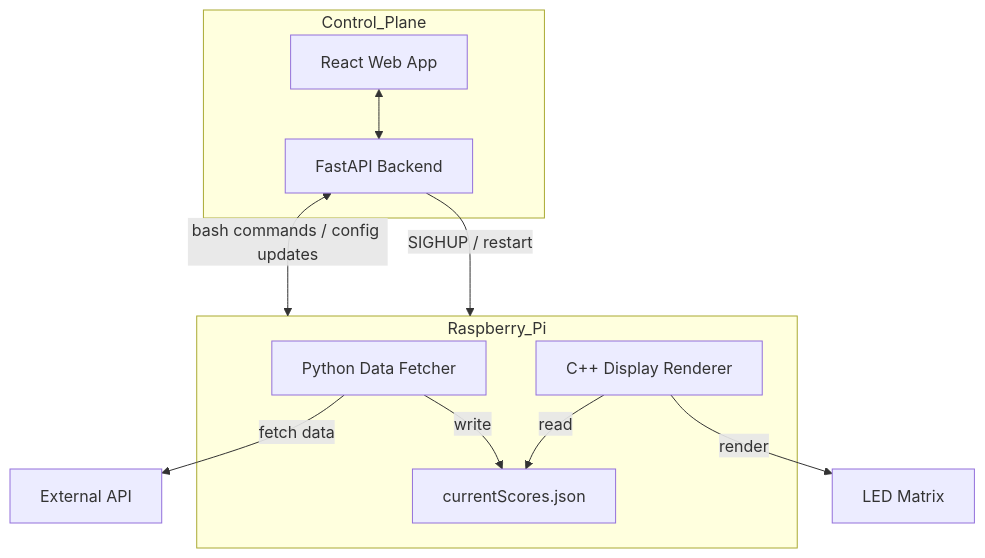
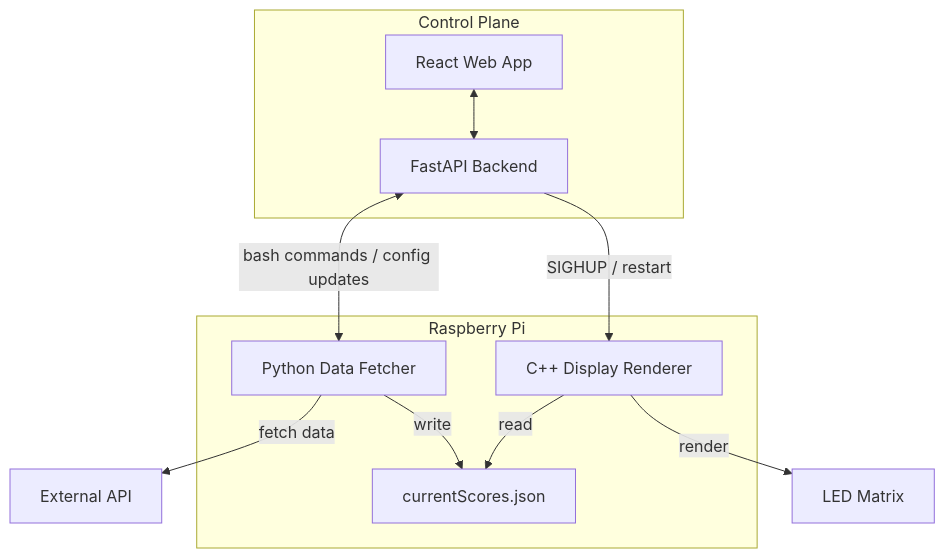
The first of 2 diagrams in README.md (matgray007/scoreboard), drawn with Mermaid before and after one commit. The commit also changed other lines of this file and 1 other file, not shown here.

Commit message:
README rednering on github issues

````diff
--- a/README.md
+++ b/README.md
@@ -121,21 +122,26 @@
 ```mermaid
 flowchart TD 
-    subgraph Control_Plane
-    UI[React Web App]
-    API[FastAPI Backend] 
+    subgraph Control_Plane["Control Plane"]
+        UI[React Web App]
+        API[FastAPI Backend] 
     end 
-    subgraph Raspberry_Pi
-    PY[Python Data Fetcher]
-    JSON[currentScores.json]
-    CPP[C++ Display Renderer]
+
+    subgraph Raspberry_Pi["Raspberry Pi"]
+        PY[Python Data Fetcher]
+        JSON[currentScores.json]
+        CPP[C++ Display Renderer]
     end
+
     EXT[External API]
     LED[LED Matrix]
+
     UI <--> API
-    API <-->|bash commands / config updates| Raspberry_Pi
-    API -->|SIGHUP / restart| Raspberry_Pi
+
+    API <-->|bash commands / config updates| PY
+    API -->|SIGHUP / restart| CPP
+
     PY -->|fetch data| EXT
     PY -->|write| JSON
     CPP -->|read| JSON
     CPP -->|render| LED
 ```
````
